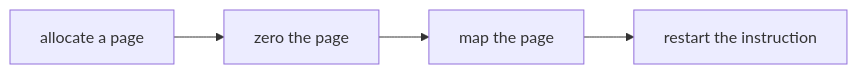
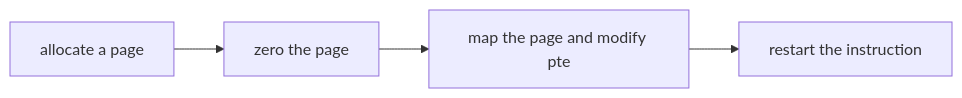
Before and after one commit to Notborntodie/MIT6.S081: the first of 3 diagrams in Lecture/Lecture5 .md, drawn with Mermaid. The commit also changed other lines of this file and 4 other files, not shown here.

````diff
--- a/Lecture/Lecture5 .md
+++ b/Lecture/Lecture5 .md
@@ -118,4 +119,4 @@
 ```mermaid
 graph LR
-A[allocate a page]-->B[zero the page]-->c[map the page]-->D[restart the instruction]
+A[allocate a page]-->B[zero the page]-->c[map the page and modify pte]-->D[restart the instruction]
 ```
````
